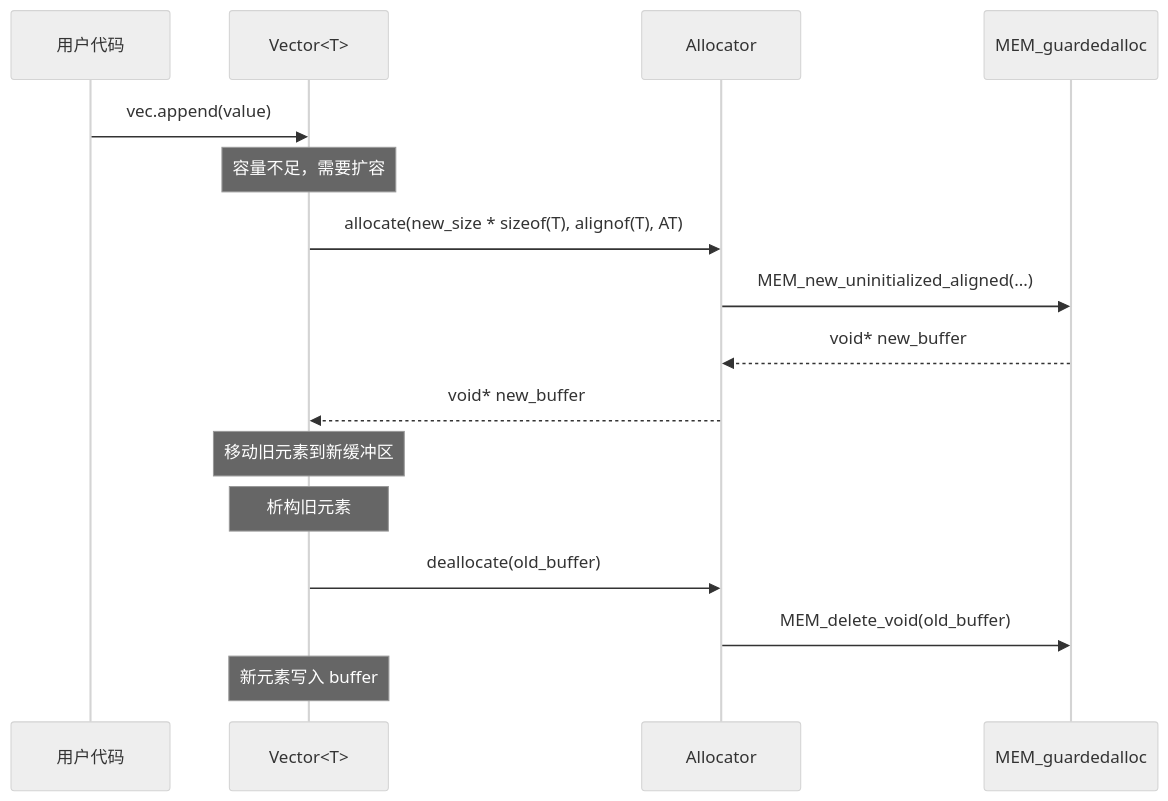
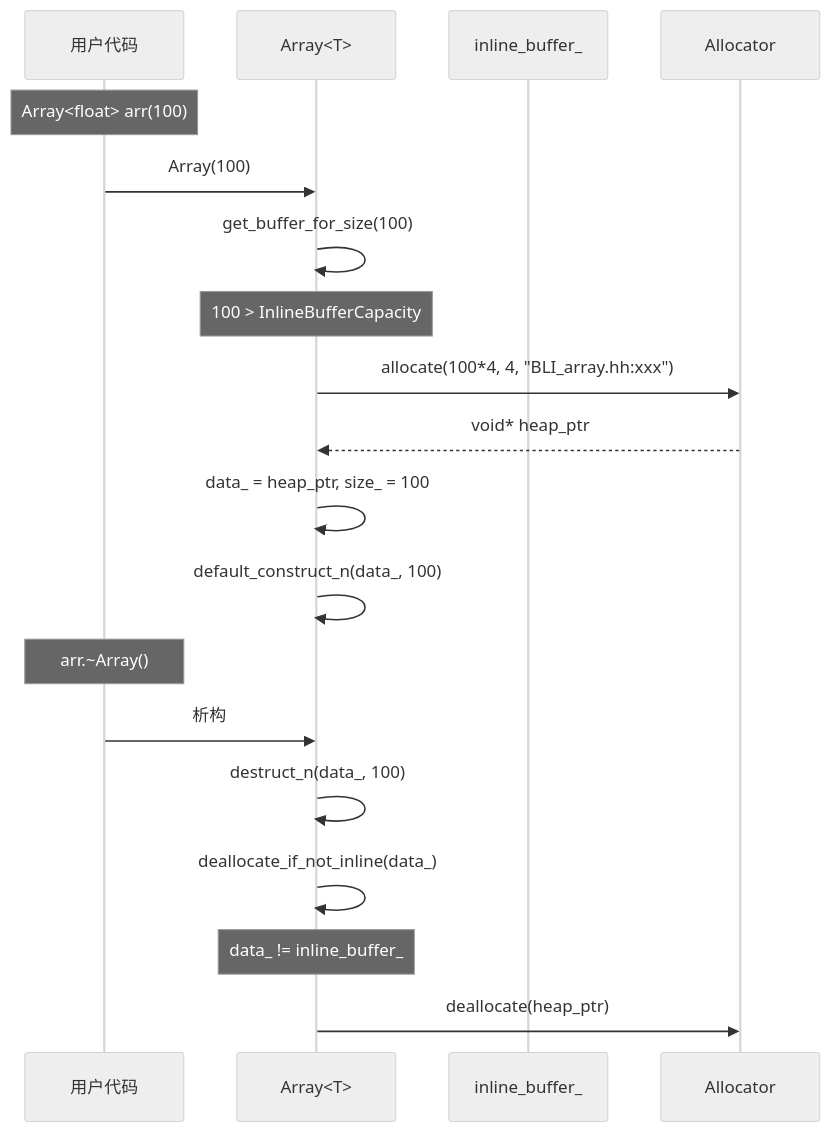
The ninth of 30 diagrams in 杂/markdown/学习节点/基础库/17_Allocator_深度解析.md (yunkezengren/blender-.vscode), drawn with Mermaid (neutral theme) before and after one commit. The commit also changed other lines of this file, not shown here.

````diff
--- a/杂/markdown/学习节点/基础库/17_Allocator_深度解析.md
+++ b/杂/markdown/学习节点/基础库/17_Allocator_深度解析.md
@@ -426,20 +473,23 @@
 ```mermaid
 sequenceDiagram
     participant User as 用户代码
-    participant Vec as Vector<T>
+    participant Arr as Array<T>
+    participant Buf as inline_buffer_
     participant Alloc as Allocator
-    participant MEM as MEM_guardedalloc
 
-    User->>Vec: vec.append(value)
-    Note over Vec: 容量不足，需要扩容
-    Vec->>Alloc: allocate(new_size * sizeof(T), alignof(T), AT)
-    Alloc->>MEM: MEM_new_uninitialized_aligned(...)
-    MEM-->>Alloc: void* new_buffer
-    Alloc-->>Vec: void* new_buffer
-    Note over Vec: 移动旧元素到新缓冲区
-    Note over Vec: 析构旧元素
-    Vec->>Alloc: deallocate(old_buffer)
-    Alloc->>MEM: MEM_delete_void(old_buffer)
+    Note over User: Array<float> arr(100);
+    User->>Arr: Array(100)
+    Arr->>Arr: get_buffer_for_size(100)
+    Note over Arr: 100 > InlineBufferCapacity
+    Arr->>Alloc: allocate(100*4, 4, "BLI_array.hh:xxx")
+    Alloc-->>Arr: void* heap_ptr
+    Arr->>Arr: data_ = heap_ptr, size_ = 100
+    Arr->>Arr: default_construct_n(data_, 100)
 
-    Note over Vec: 新元素写入 buffer
+    Note over User: arr.~Array()
+    User->>Arr: 析构
+    Arr->>Arr: destruct_n(data_, 100)
+    Arr->>Arr: deallocate_if_not_inline(data_)
+    Note over Arr: data_ != inline_buffer_
+    Arr->>Alloc: deallocate(heap_ptr)
 ```
````
